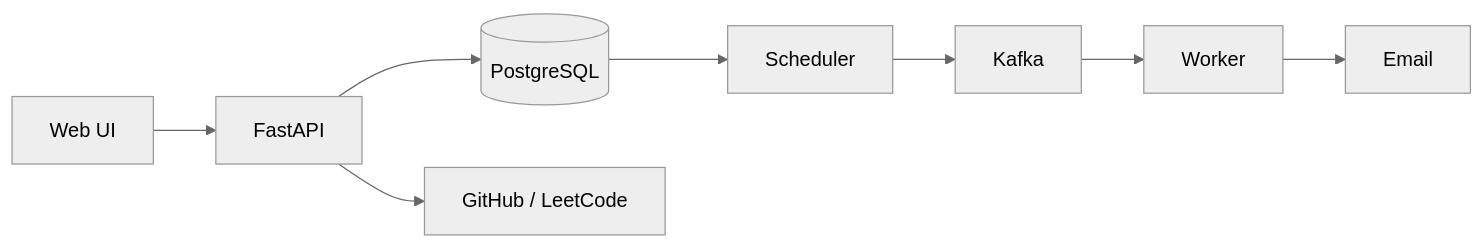
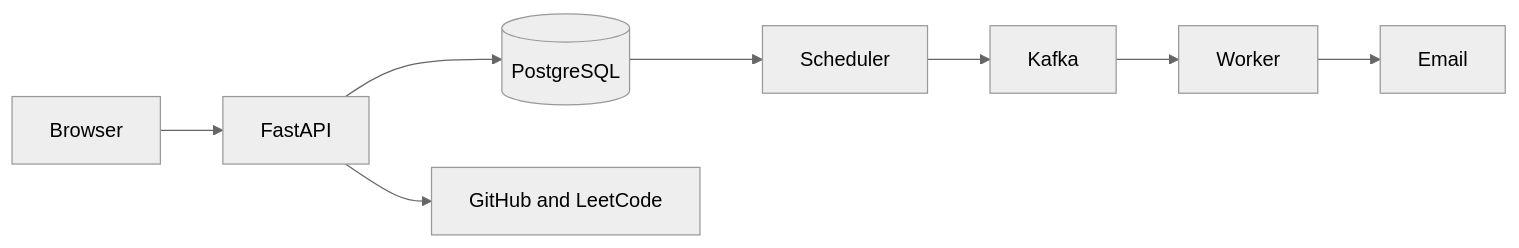
The diagram in README.md (rajeev8008/Pace), drawn with Mermaid (neutral theme) before and after one commit. The commit also changed other lines of this file and 1 other file, not shown here.

First line of the commit message:
Documentation: explain Pace motivation and align the implemented architecture

````diff
--- a/README.md
+++ b/README.md
@@ -22,10 +36,10 @@
 ```mermaid
 flowchart LR
-    UI[Web UI] --> API[FastAPI]
+    Browser --> API[FastAPI]
     API --> DB[(PostgreSQL)]
-    API --> GH[GitHub / LeetCode]
+    API --> Profiles[GitHub and LeetCode]
     DB --> Scheduler
     Scheduler --> Kafka
     Kafka --> Worker
     Worker --> SMTP[Email]
 ```
````
